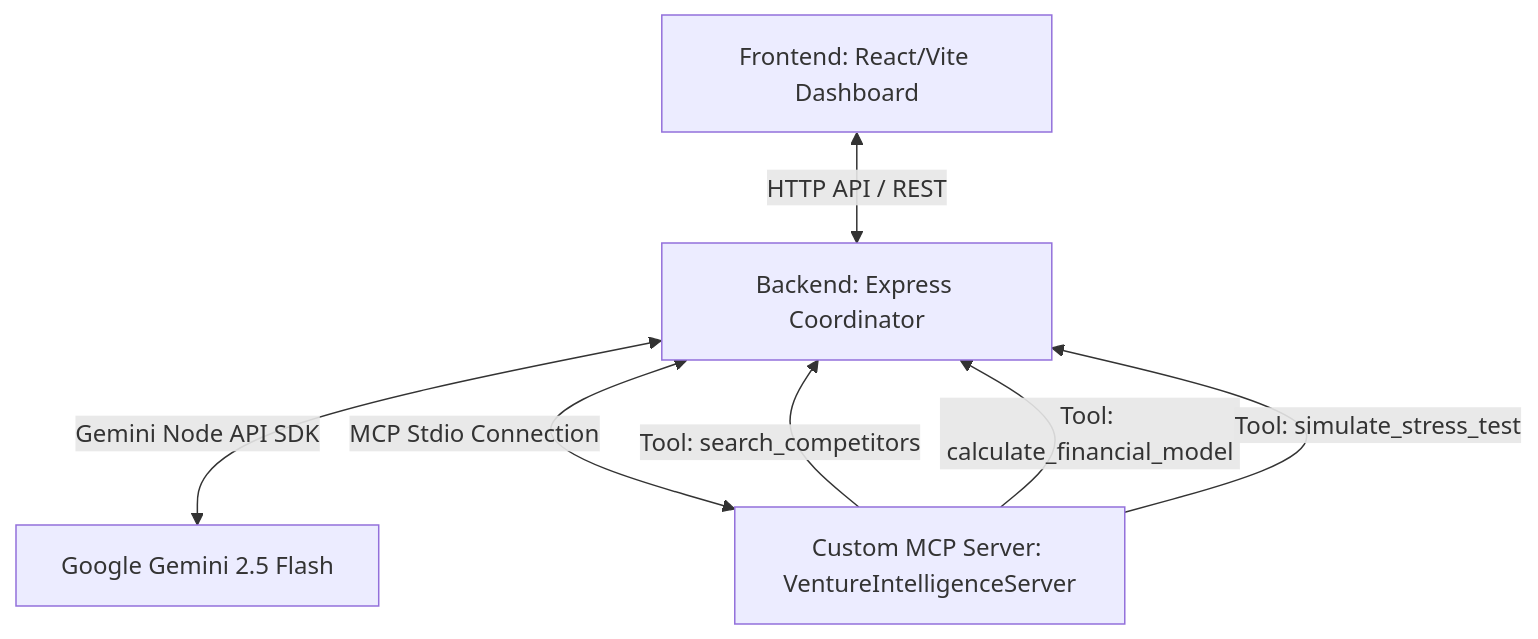
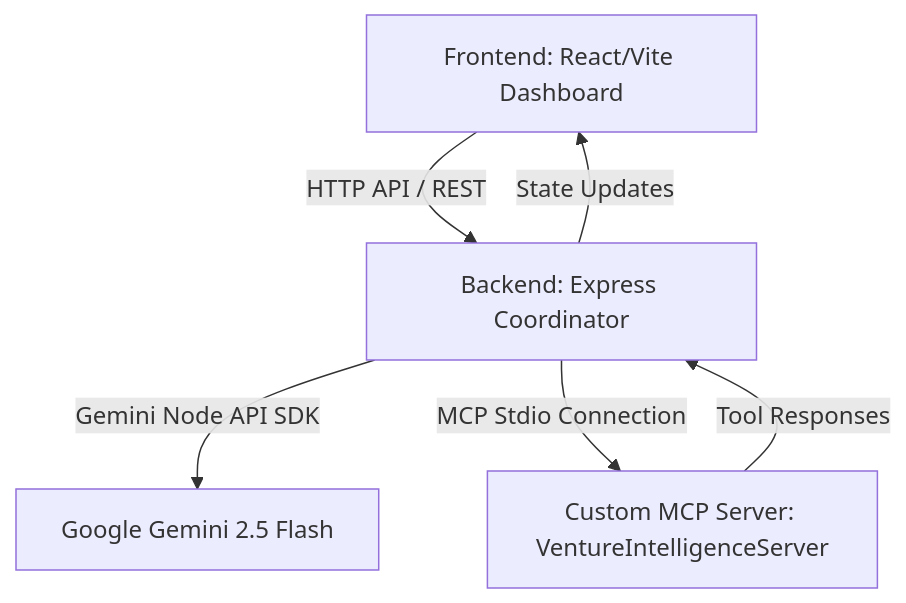
The first of 2 diagrams in README.md (rajeshreddy3299/VentureSandbox), drawn with Mermaid before and after one commit. The commit also changed other lines of this file, not shown here.

Commit message:
Fix Mermaid diagram syntax in README.md

````diff
--- a/README.md
+++ b/README.md
@@ -24,9 +24,8 @@
 ```mermaid
 graph TD
-    UI[Frontend: React/Vite Dashboard] <-->|HTTP API / REST| BE[Backend: Express Coordinator]
-    BE <-->|Gemini Node API SDK| LLM[Google Gemini 2.5 Flash]
-    BE <-->|MCP Stdio Connection| MCP[Custom MCP Server: VentureIntelligenceServer]
-    MCP -->|Tool: search_competitors| BE
-    MCP -->|Tool: calculate_financial_model| BE
-    MCP -->|Tool: simulate_stress_test| BE
+    UI[Frontend: React/Vite Dashboard] -->|HTTP API / REST| BE[Backend: Express Coordinator]
+    BE -->|State Updates| UI
+    BE -->|Gemini Node API SDK| LLM[Google Gemini 2.5 Flash]
+    BE -->|MCP Stdio Connection| MCP[Custom MCP Server: VentureIntelligenceServer]
+    MCP -->|Tool Responses| BE
 ```
````
